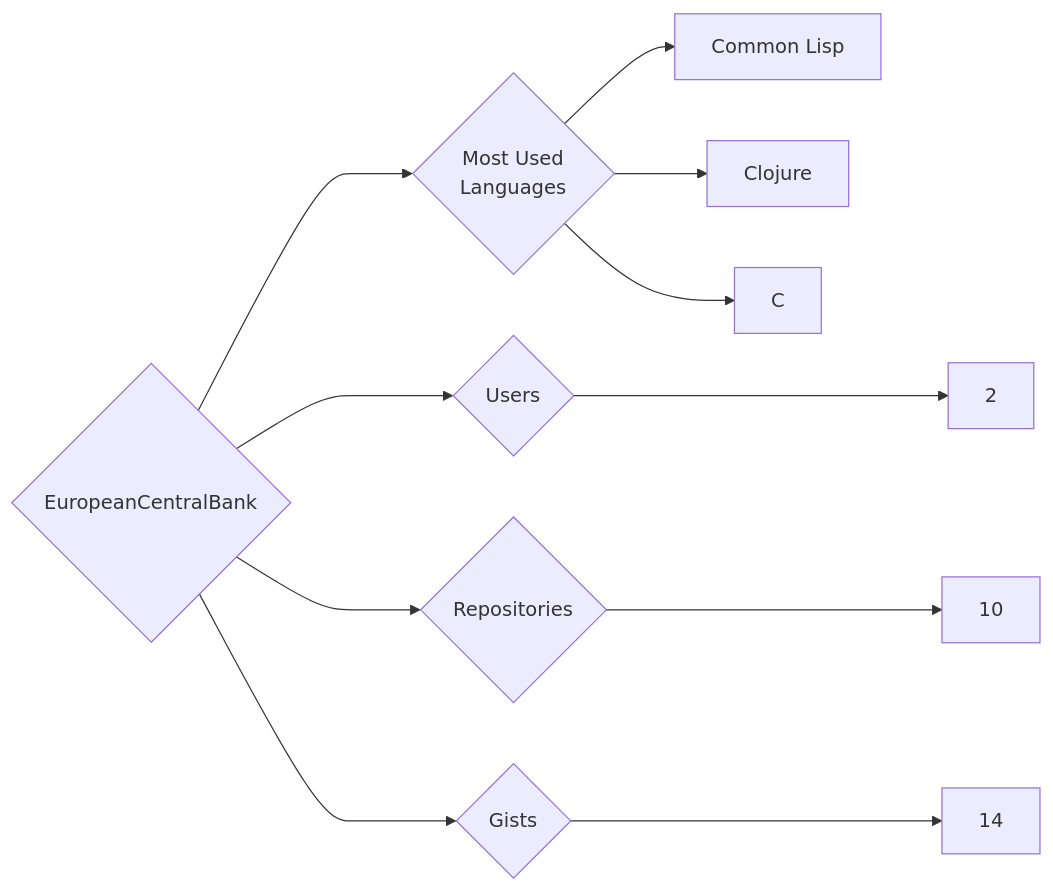
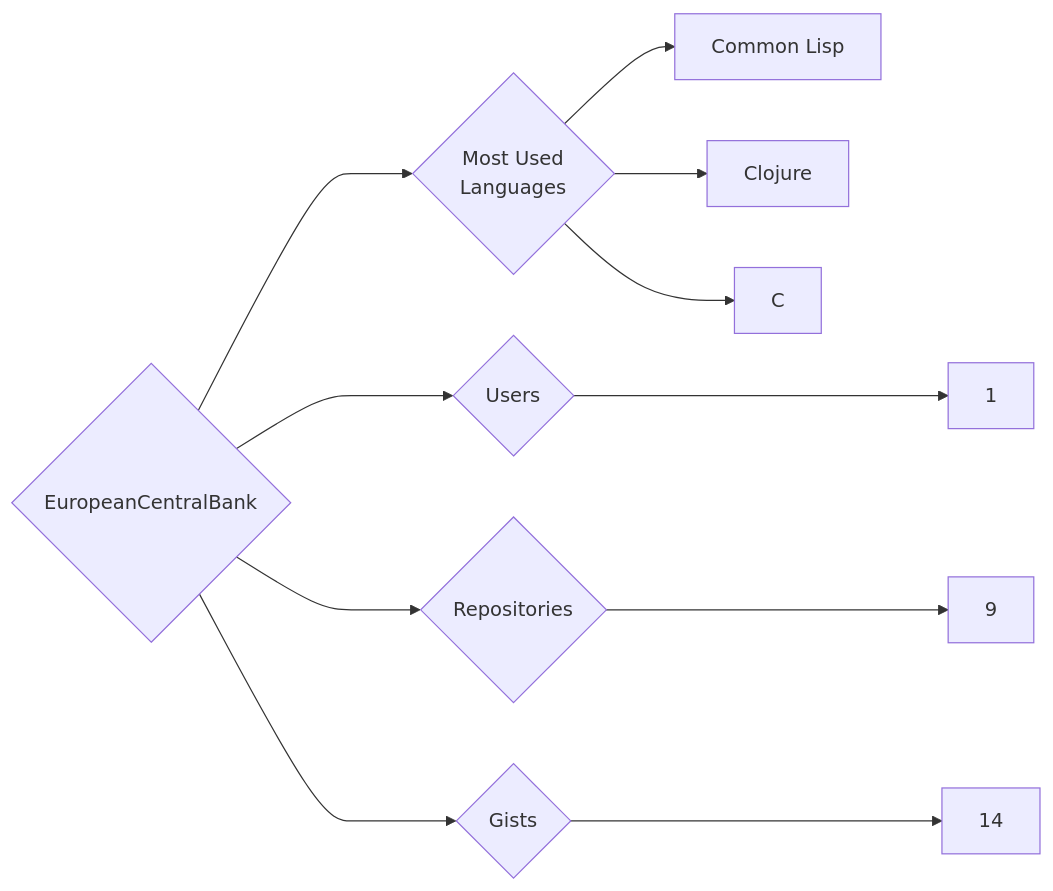
The diagram in targets/EuropeanCentralBank/README.md (trickest/insiders), drawn with Mermaid before and after one commit. The commit also changed 1055 other files, not shown here.

````diff
--- a/targets/EuropeanCentralBank/README.md
+++ b/targets/EuropeanCentralBank/README.md
@@ -3,11 +3,11 @@
 ```mermaid
 graph LR
 COMPANY_NAME{EuropeanCentralBank}
-COMPANY_NAME ---> U{Users} ---> UN[2]
-COMPANY_NAME ---> R{Repositories} ---> RN[10]
+COMPANY_NAME ---> U{Users} ---> UN[1]
+COMPANY_NAME ---> R{Repositories} ---> RN[9]
 COMPANY_NAME ---> G{Gists} ---> GN[14]
 COMPANY_NAME ---> ML{Most Used<br>Languages}
 ML --> Common_Lisp[Common Lisp]
 ML --> Clojure[Clojure]
 ML --> C[C]
 ```
````
